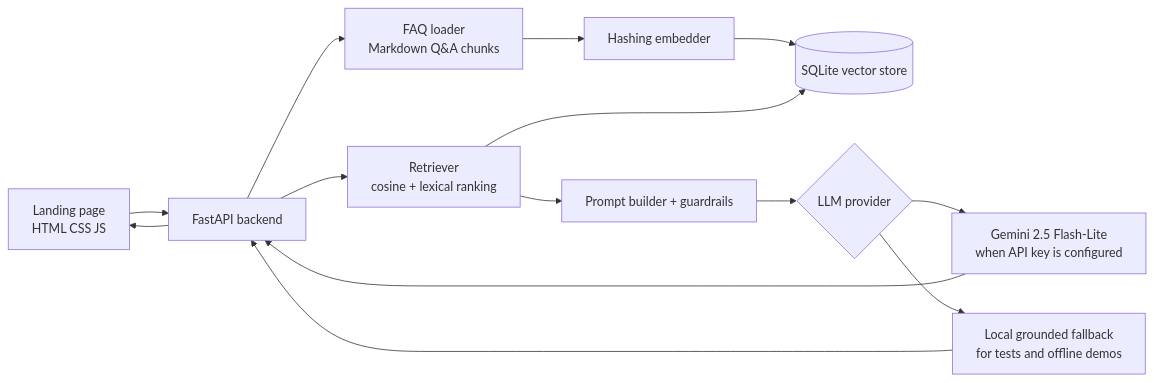
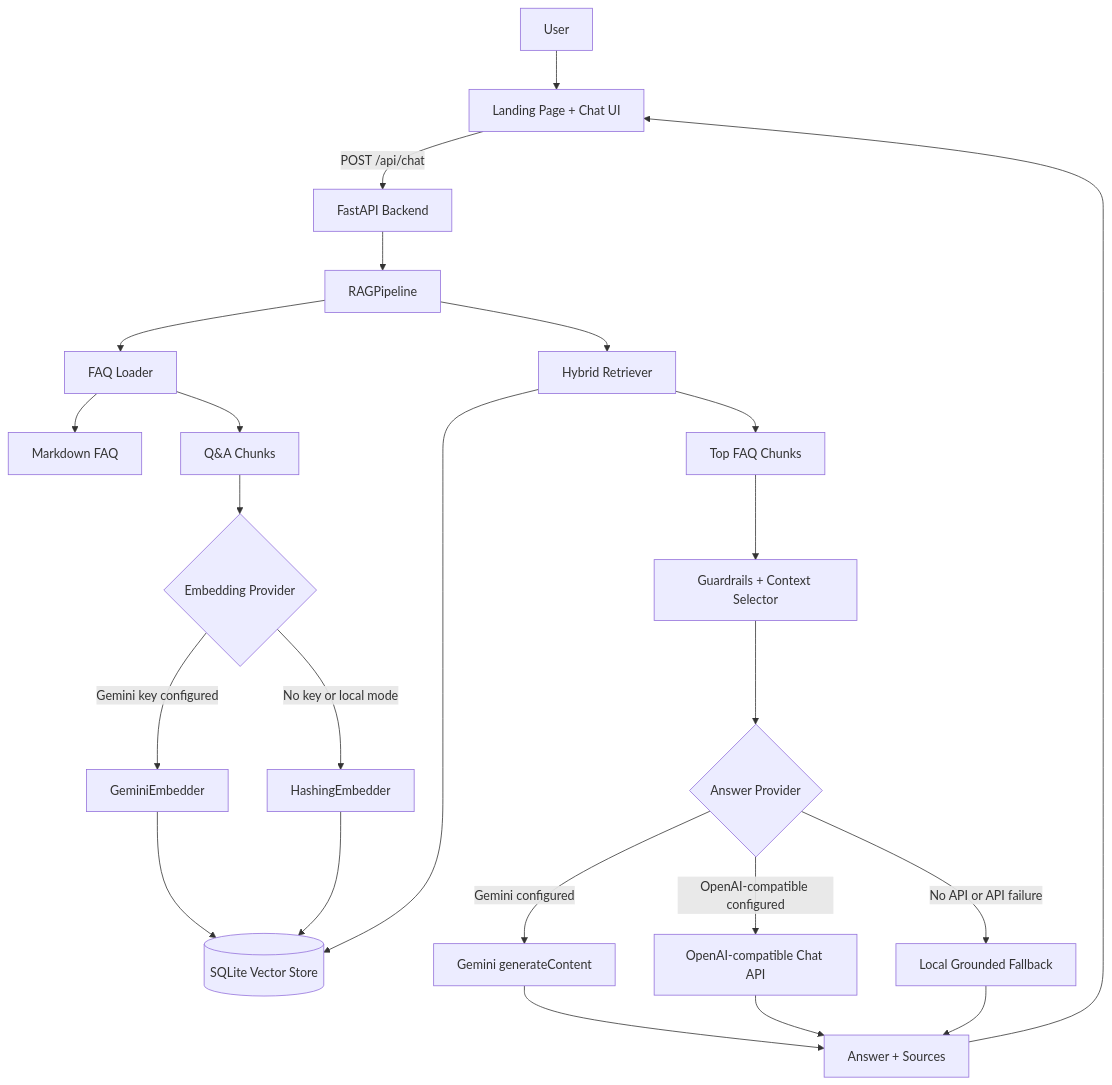
The diagram in README.md (tameszaza/EndToEndRAG), drawn with Mermaid before and after one commit. The commit also changed other lines of this file and 2 other files, not shown here.

````diff
--- a/README.md
+++ b/README.md
@@ -19,16 +35,26 @@
 ```mermaid
-flowchart LR
-    A[Landing page<br/>HTML CSS JS] --> B[FastAPI backend]
-    B --> C[FAQ loader<br/>Markdown Q&A chunks]
-    C --> D[Hashing embedder]
-    D --> E[(SQLite vector store)]
-    B --> F[Retriever<br/>cosine + lexical ranking]
-    F --> E
-    F --> G[Prompt builder + guardrails]
-    G --> H{LLM provider}
-    H --> I[Gemini 2.5 Flash-Lite<br/>when API key is configured]
-    H --> J[Local grounded fallback<br/>for tests and offline demos]
-    I --> B
-    J --> B
-    B --> A
+flowchart TD
+    A[User] --> B[Landing Page + Chat UI]
+    B -->|POST /api/chat| C[FastAPI Backend]
+    C --> D[RAGPipeline]
+    D --> E[FAQ Loader]
+    E --> F[Markdown FAQ]
+    E --> G[Q&A Chunks]
+    G --> H{Embedding Provider}
+    H -->|Gemini key configured| I[GeminiEmbedder]
+    H -->|No key or local mode| J[HashingEmbedder]
+    I --> K[(SQLite Vector Store)]
+    J --> K
+    D --> L[Hybrid Retriever]
+    L --> K
+    L --> M[Top FAQ Chunks]
+    M --> N[Guardrails + Context Selector]
+    N --> O{Answer Provider}
+    O -->|Gemini configured| P[Gemini generateContent]
+    O -->|OpenAI-compatible configured| Q[OpenAI-compatible Chat API]
+    O -->|No API or API failure| R[Local Grounded Fallback]
+    P --> S[Answer + Sources]
+    Q --> S
+    R --> S
+    S --> B
 ```
````
